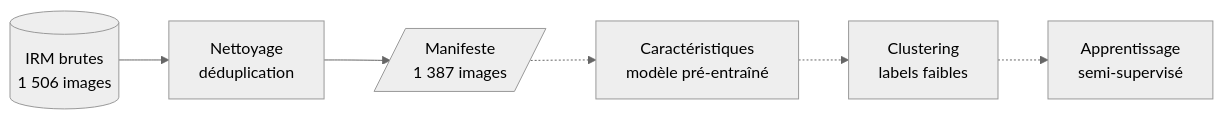
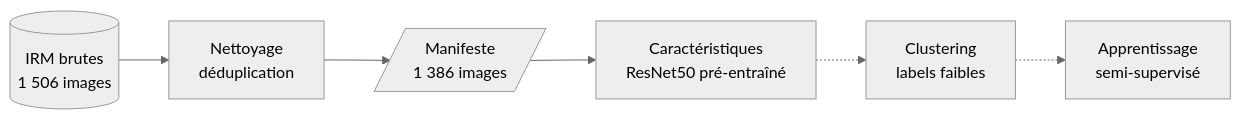
One commit to lefevrk/OC-Appliquez-des-approches-semi-supervisees changed the diagram in README.md. Above: the diagram before and after it, drawn with Mermaid (neutral theme). The commit also changed other lines of this file and 11 other files, not shown here.

````diff
--- a/README.md
+++ b/README.md
@@ -55,8 +55,8 @@
 ```mermaid
 flowchart LR
     RAW[(IRM brutes<br/>1 506 images)] --> PREP[Nettoyage<br/>déduplication]
-    PREP --> MAN[/Manifeste<br/>1 387 images/]
-    MAN -.-> FEAT[Caractéristiques<br/>modèle pré-entraîné]
+    PREP --> MAN[/Manifeste<br/>1 386 images/]
+    MAN --> FEAT[Caractéristiques<br/>ResNet50 pré-entraîné]
     FEAT -.-> CLUS[Clustering<br/>labels faibles]
     CLUS -.-> SEMI[Apprentissage<br/>semi-supervisé]
 ```
````
